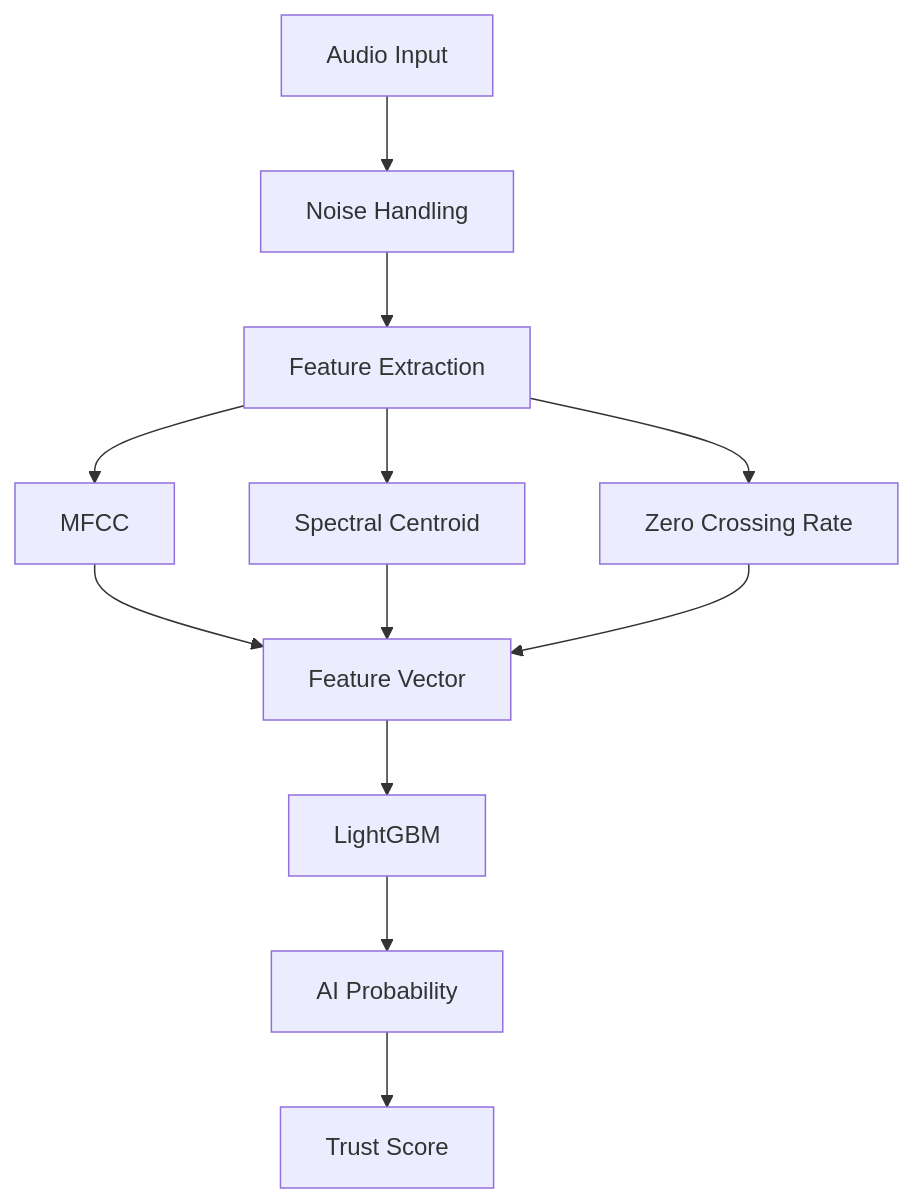
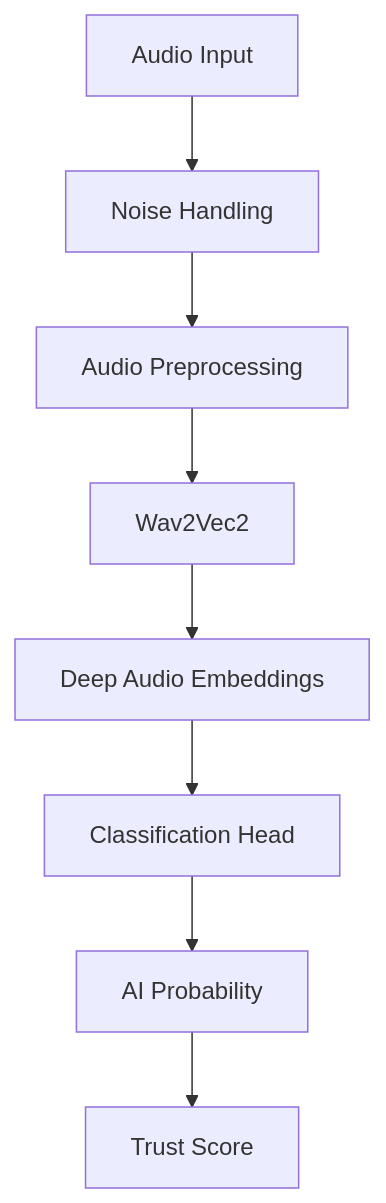
Before and after one commit to tanmay-joshi-official/TruVoice: the third of 3 diagrams in README.md, drawn with Mermaid. The commit also changed other lines of this file, not shown here.

````diff
--- a/README.md
+++ b/README.md
@@ -269,27 +277,19 @@
 ```mermaid
 graph TD
 
 A[Audio Input]
 
 A-->B[Noise Handling]
 
-B-->C[Feature Extraction]
+B-->C[Audio Preprocessing]
 
-C-->D[MFCC]
+C-->D[Wav2Vec2]
 
-C-->E[Spectral Centroid]
+D-->E[Deep Audio Embeddings]
 
-C-->F[Zero Crossing Rate]
+E-->F[Classification Head]
 
-D-->G[Feature Vector]
+F-->G[AI Probability]
 
-E-->G
-
-F-->G
-
-G-->H[LightGBM]
-
-H-->I[AI Probability]
-
-I-->J[Trust Score]
+G-->H[Trust Score]
 ```
````
